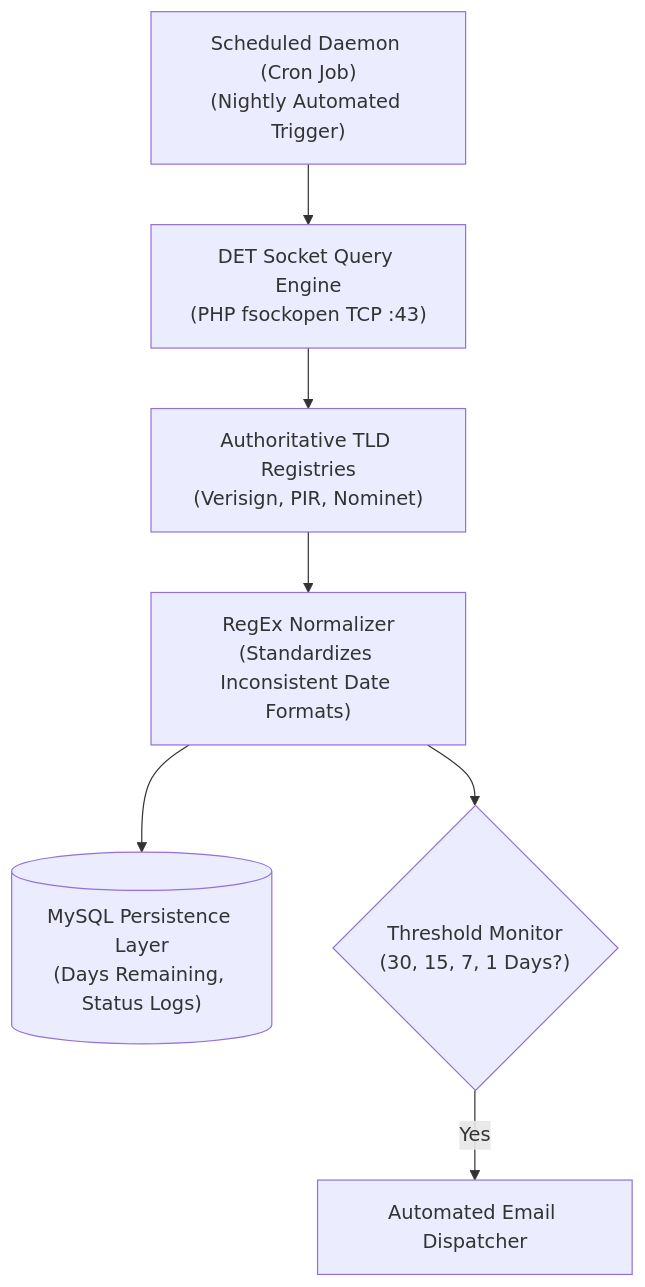
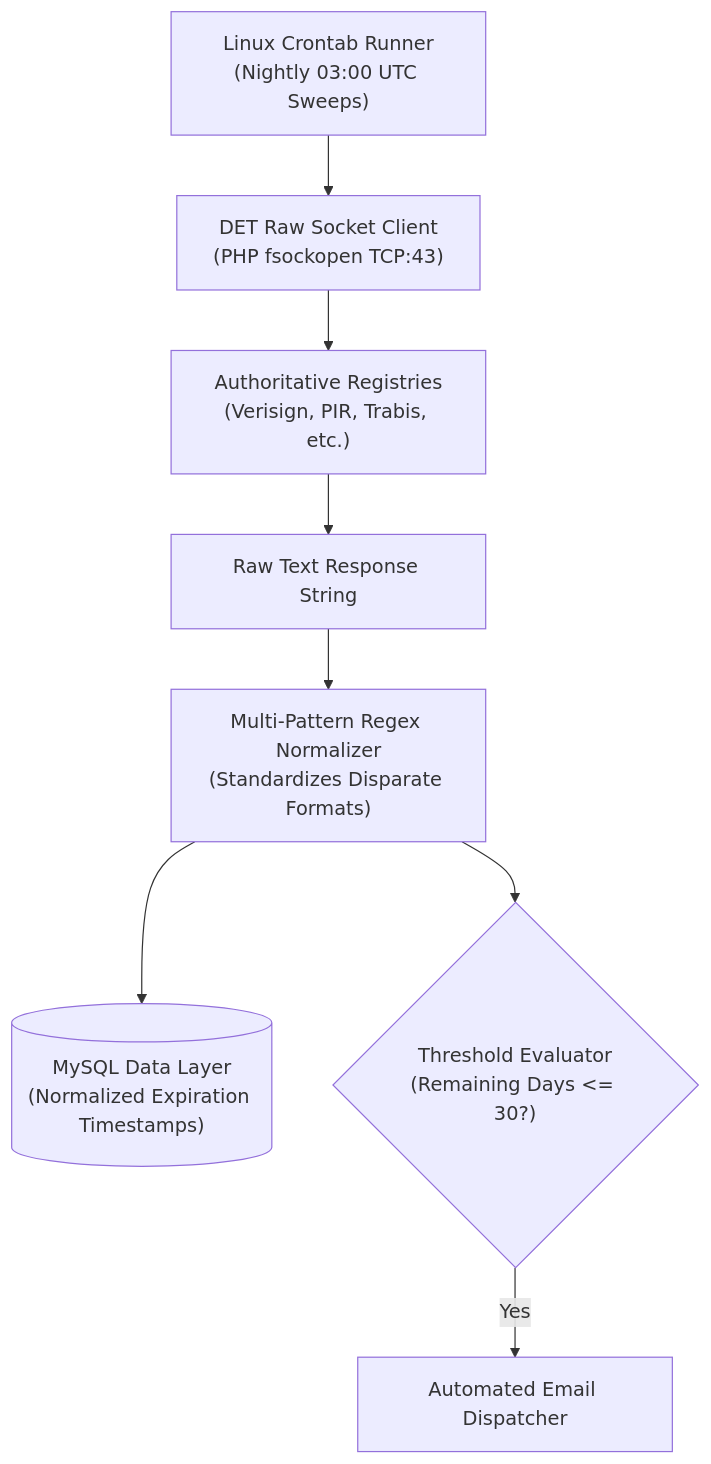
Before and after one commit to oaonuraksoy/oaonuraksoy: the diagram in src/content/broadcasts/en/det-domain-takip-scripti.md, drawn with Mermaid. The commit also changed other lines of this file and 28 other files, not shown here.

Commit message:
feat(broadcasts): humanize 10 video case studies, add vault assets, webp covers and faqpage schema

````diff
--- a/src/content/broadcasts/en/det-domain-takip-scripti.md
+++ b/src/content/broadcasts/en/det-domain-takip-scripti.md
@@ -36,9 +54,10 @@
 ```mermaid
 flowchart TD
-    Cron["Scheduled Daemon (Cron Job)<br/>(Nightly Automated Trigger)"] --> Engine["DET Socket Query Engine<br/>(PHP fsockopen TCP :43)"]
-    Engine --> WHOIS["Authoritative TLD Registries<br/>(Verisign, PIR, Nominet)"]
-    WHOIS --> Parser["RegEx Normalizer<br/>(Standardizes Inconsistent Date Formats)"]
-    Parser --> DB[("MySQL Persistence Layer<br/>(Days Remaining, Status Logs)")]
-    Parser --> Alert{"Threshold Monitor<br/>(30, 15, 7, 1 Days?)"}
-    Alert -->|Yes| Notify["Automated Email Dispatcher"]
+    Cron["Linux Crontab Runner<br/>(Nightly 03:00 UTC Sweeps)"] --> Socket["DET Raw Socket Client<br/>(PHP fsockopen TCP:43)"]
+    Socket --> TLD["Authoritative Registries<br/>(Verisign, PIR, Trabis, etc.)"]
+    TLD --> Raw["Raw Text Response String"]
+    Raw --> RegEx["Multi-Pattern Regex Normalizer<br/>(Standardizes Disparate Formats)"]
+    RegEx --> DB[("MySQL Data Layer<br/>(Normalized Expiration Timestamps)")]
+    RegEx --> Check{"Threshold Evaluator<br/>(Remaining Days <= 30?)"}
+    Check -->|Yes| Alert["Automated Email Dispatcher"]
 ```
````
